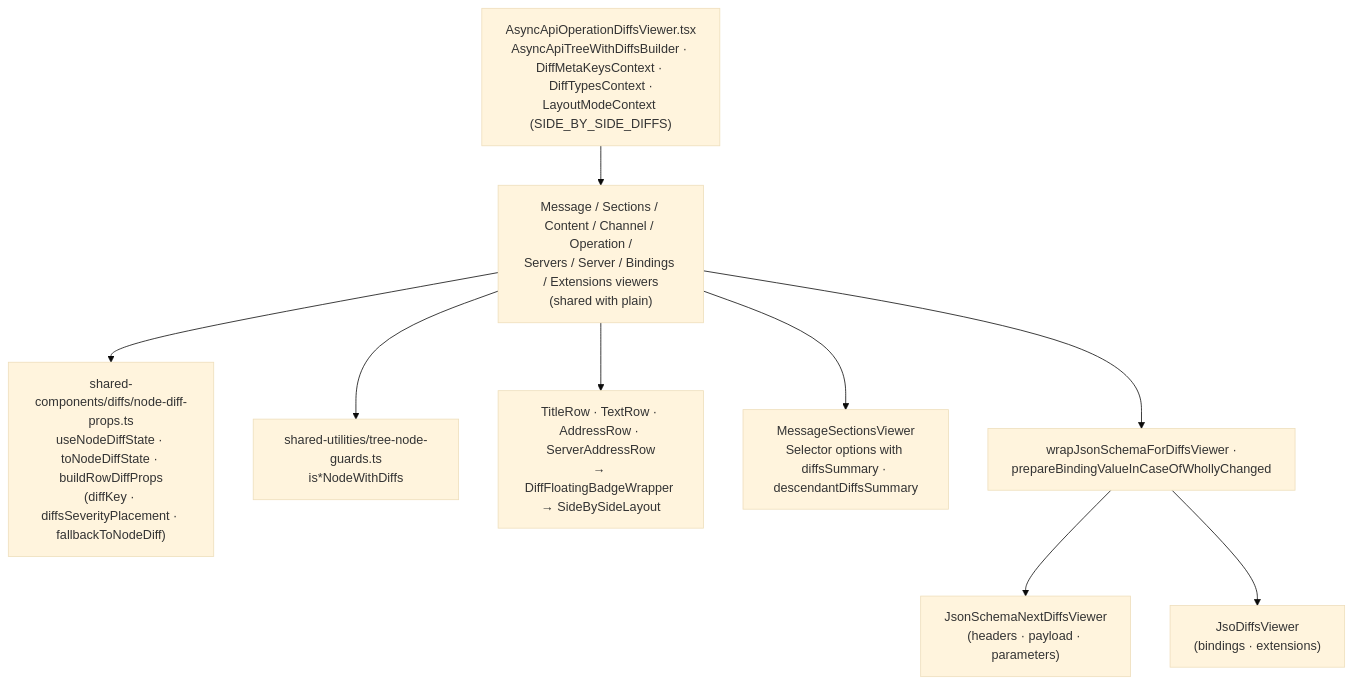
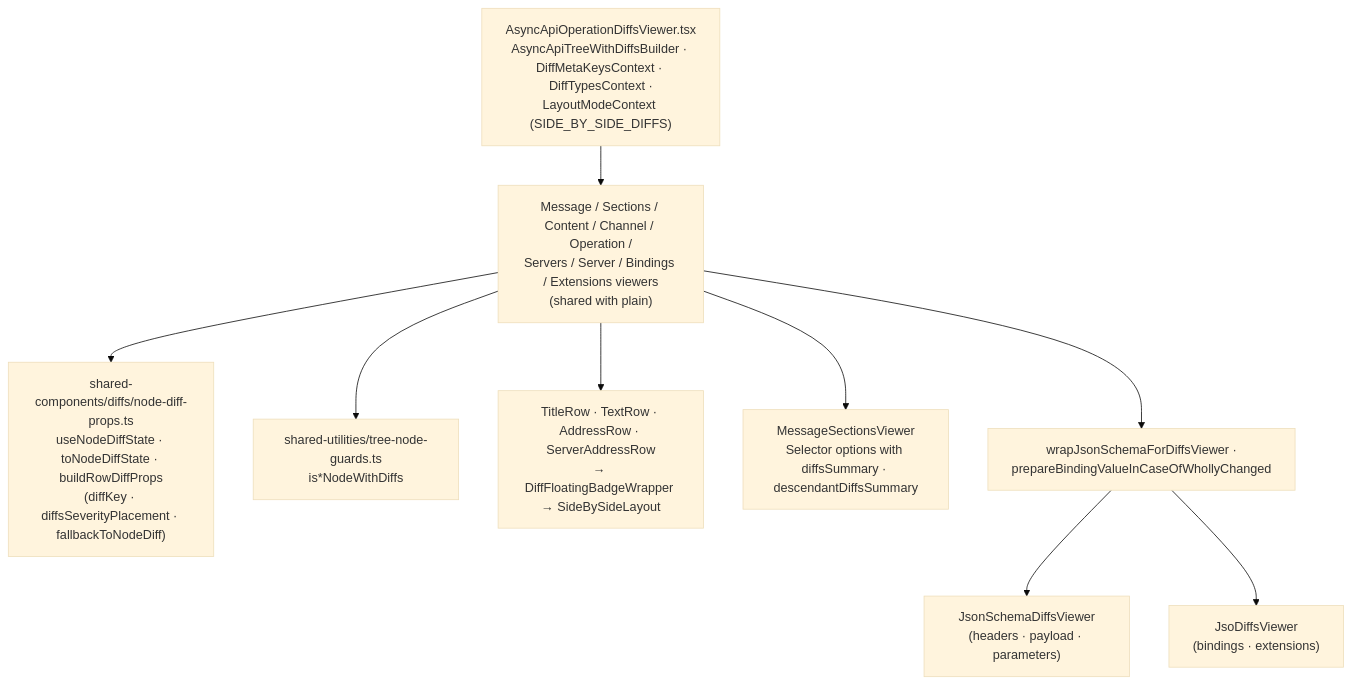
Before and after one commit to Netcracker/qubership-apihub-api-doc-viewer: the diagram in docs/design/async-api/architecture/viewer-with-diffs.md, drawn with Mermaid (base theme). The commit also changed 163 other files, not shown here.

Commit message:
refactor!: `JsonSchemaNextViewer` -> `JsonSchemaViewer`, `JsonSchemaNextDiffsViewer` -> `JsonSchemaDiffsViewer`, updated their usages

````diff
--- a/docs/design/async-api/architecture/viewer-with-diffs.md
+++ b/docs/design/async-api/architecture/viewer-with-diffs.md
@@ -10,21 +10,21 @@
 ```mermaid
 flowchart TB
   RootD["AsyncApiOperationDiffsViewer.tsx<br/>AsyncApiTreeWithDiffsBuilder · DiffMetaKeysContext · DiffTypesContext ·<br/>LayoutModeContext (SIDE_BY_SIDE_DIFFS)"]
   NodeViewers["Message / Sections / Content / Channel / Operation /<br/>Servers / Server / Bindings / Extensions viewers<br/>(shared with plain)"]
   DiffState["shared-components/diffs/node-diff-props.ts<br/>useNodeDiffState · toNodeDiffState · buildRowDiffProps<br/>(diffKey · diffsSeverityPlacement · fallbackToNodeDiff)"]
   Guards["shared-utilities/tree-node-guards.ts<br/>is*NodeWithDiffs"]
   Rows["TitleRow · TextRow · AddressRow · ServerAddressRow<br/>→ DiffFloatingBadgeWrapper → SideBySideLayout"]
   SectionSelector["MessageSectionsViewer<br/>Selector options with diffsSummary · descendantDiffsSummary"]
-  JsonSchemaD["JsonSchemaNextDiffsViewer<br/>(headers · payload · parameters)"]
+  JsonSchemaD["JsonSchemaDiffsViewer<br/>(headers · payload · parameters)"]
   JsoD["JsoDiffsViewer<br/>(bindings · extensions)"]
   Wrap["wrapJsonSchemaForDiffsViewer ·<br/>prepareBindingValueInCaseOfWhollyChanged"]
 
   RootD --> NodeViewers
   NodeViewers --> Guards
   NodeViewers --> DiffState
   NodeViewers --> Rows
   NodeViewers --> SectionSelector
   NodeViewers --> Wrap
   Wrap --> JsonSchemaD
   Wrap --> JsoD
 ```
````
